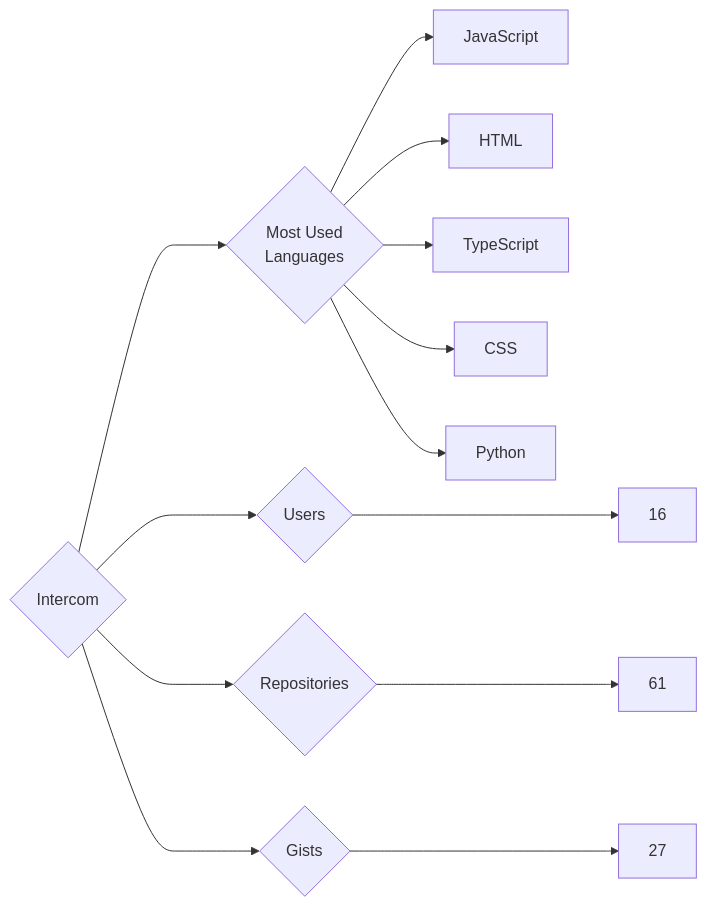
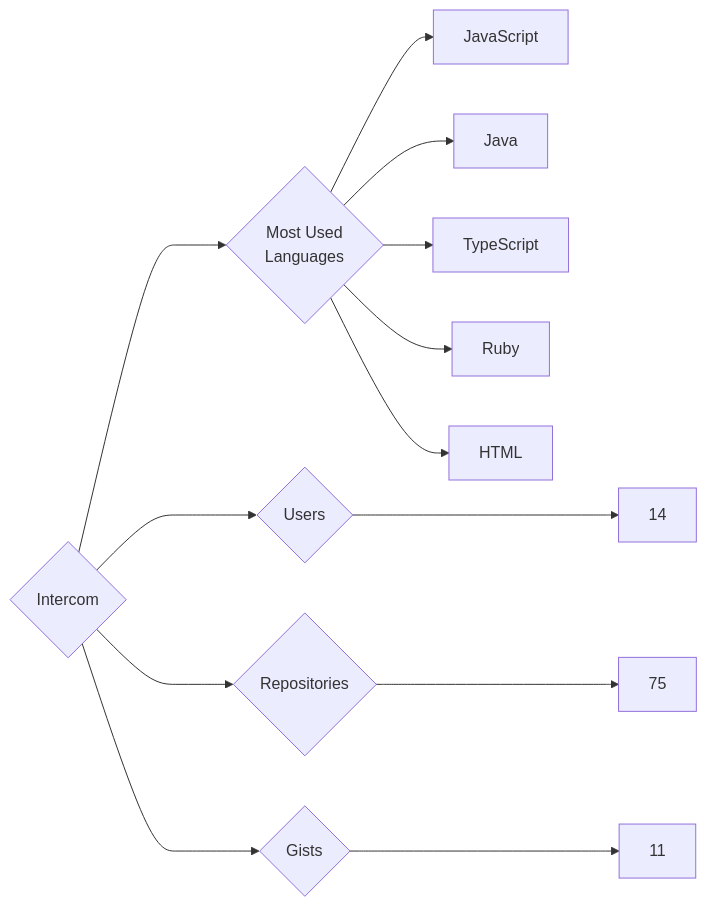
One commit to trickest/insiders changed the diagram in targets/Intercom/README.md. Above: the diagram before and after it, drawn with Mermaid. The commit also changed 1170 other files, not shown here.

````diff
--- a/targets/Intercom/README.md
+++ b/targets/Intercom/README.md
@@ -3,13 +3,13 @@
 ```mermaid
 graph LR
 COMPANY_NAME{Intercom}
-COMPANY_NAME ---> U{Users} ---> UN[16]
-COMPANY_NAME ---> R{Repositories} ---> RN[61]
-COMPANY_NAME ---> G{Gists} ---> GN[27]
+COMPANY_NAME ---> U{Users} ---> UN[14]
+COMPANY_NAME ---> R{Repositories} ---> RN[75]
+COMPANY_NAME ---> G{Gists} ---> GN[11]
 COMPANY_NAME ---> ML{Most Used<br>Languages}
 ML --> JavaScript[JavaScript]
+ML --> Java[Java]
+ML --> TypeScript[TypeScript]
+ML --> Ruby[Ruby]
 ML --> HTML[HTML]
-ML --> TypeScript[TypeScript]
-ML --> CSS[CSS]
-ML --> Python[Python]
 ```
````
